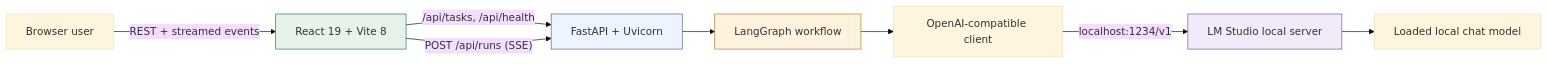
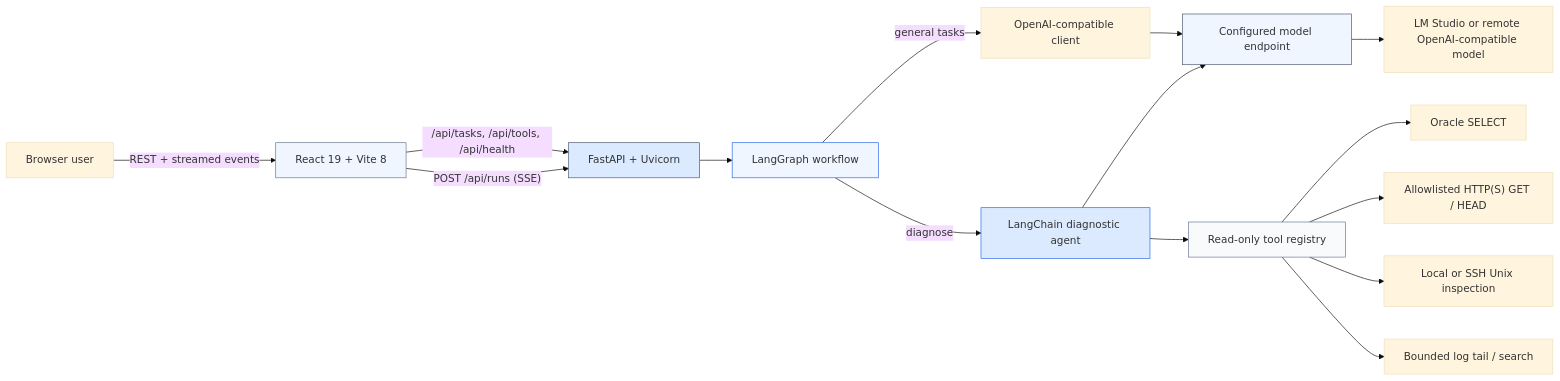
Before and after one commit to shailesh7382/agentic-flow: the first of 4 diagrams in README.md, drawn with Mermaid (base theme). The commit also changed other lines of this file and 22 other files, not shown here.

````diff
--- a/README.md
+++ b/README.md
@@ -53,15 +61,24 @@
 ```mermaid
 flowchart LR
     U["Browser user"] -->|REST + streamed events| V["React 19 + Vite 8"]
-    V -->|"/api/tasks, /api/health"| F["FastAPI + Uvicorn"]
+    V -->|"/api/tasks, /api/tools, /api/health"| F["FastAPI + Uvicorn"]
     V -->|"POST /api/runs (SSE)"| F
     F --> G["LangGraph workflow"]
-    G --> C["OpenAI-compatible client"]
-    C -->|"localhost:1234/v1"| L["LM Studio local server"]
-    L --> M["Loaded local chat model"]
+    G -->|"general tasks"| C["OpenAI-compatible client"]
+    G -->|"diagnose"| A["LangChain diagnostic agent"]
+    A --> R["Read-only tool registry"]
+    R --> O["Oracle SELECT"]
+    R --> H["Allowlisted HTTP(S) GET / HEAD"]
+    R --> X["Local or SSH Unix inspection"]
+    R --> Z["Bounded log tail / search"]
+    C --> E["Configured model endpoint"]
+    A --> E
+    E --> L["LM Studio or remote OpenAI-compatible model"]
 
-    style V fill:#e7f2eb,stroke:#276f52
-    style F fill:#eef4ff,stroke:#46648a
-    style G fill:#fff3df,stroke:#b57526
-    style L fill:#f0eafa,stroke:#75519c
+    style V fill:#eff6ff,stroke:#64748b
+    style F fill:#dbeafe,stroke:#475569
+    style G fill:#eff6ff,stroke:#2563eb
+    style A fill:#dbeafe,stroke:#2563eb
+    style R fill:#f8fafc,stroke:#64748b
+    style E fill:#eff6ff,stroke:#475569
 ```
````
